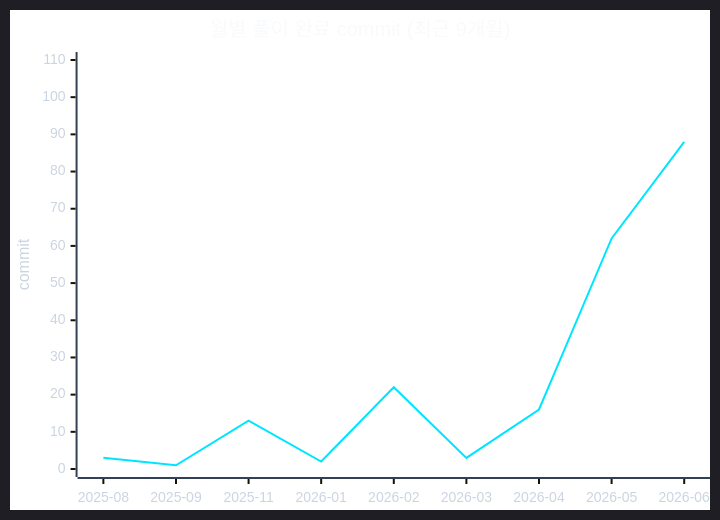
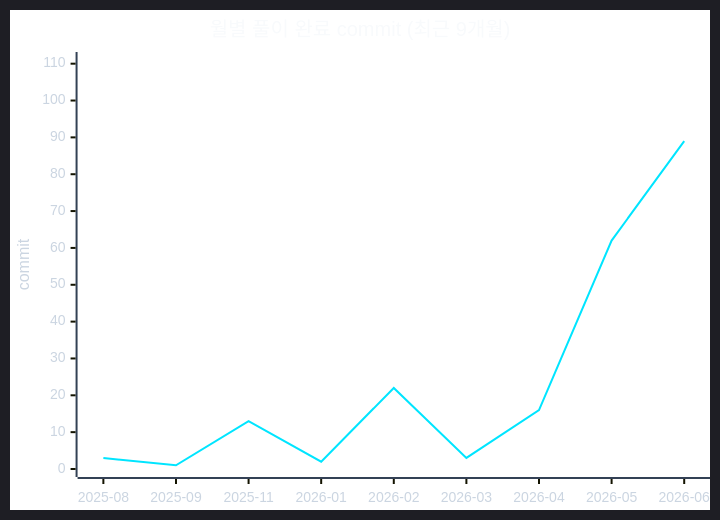
Before and after one commit to CHOOSLA/Algorithm: the second of 2 diagrams in readme.md, drawn with Mermaid. The commit also changed 1 other file, not shown here.

Commit message:
[Passed] 빙산의 일각 2 (151ms, 11MB)

````diff
--- a/readme.md
+++ b/readme.md
@@ -71,22 +71,22 @@
 ```mermaid
 ---
 config:
   theme: dark
   themeVariables:
     background: '#0d1117'
     xyChart:
       titleColor: '#f8fafc'
       xAxisLabelColor: '#cbd5e1'
       xAxisTitleColor: '#cbd5e1'
       xAxisLineColor: '#334155'
       yAxisLabelColor: '#cbd5e1'
       yAxisTitleColor: '#cbd5e1'
       yAxisLineColor: '#334155'
       plotColorPalette: '#00e5ff'
 ---
 xychart-beta
   title "월별 풀이 완료 commit (최근 9개월)"
   x-axis ["2025-08", "2025-09", "2025-11", "2026-01", "2026-02", "2026-03", "2026-04", "2026-05", "2026-06"]
-  y-axis "commit" 0 --> 110
-  line [3, 1, 13, 2, 22, 3, 16, 62, 88]
+  y-axis "commit" 0 --> 111
+  line [3, 1, 13, 2, 22, 3, 16, 62, 89]
 ```
````
